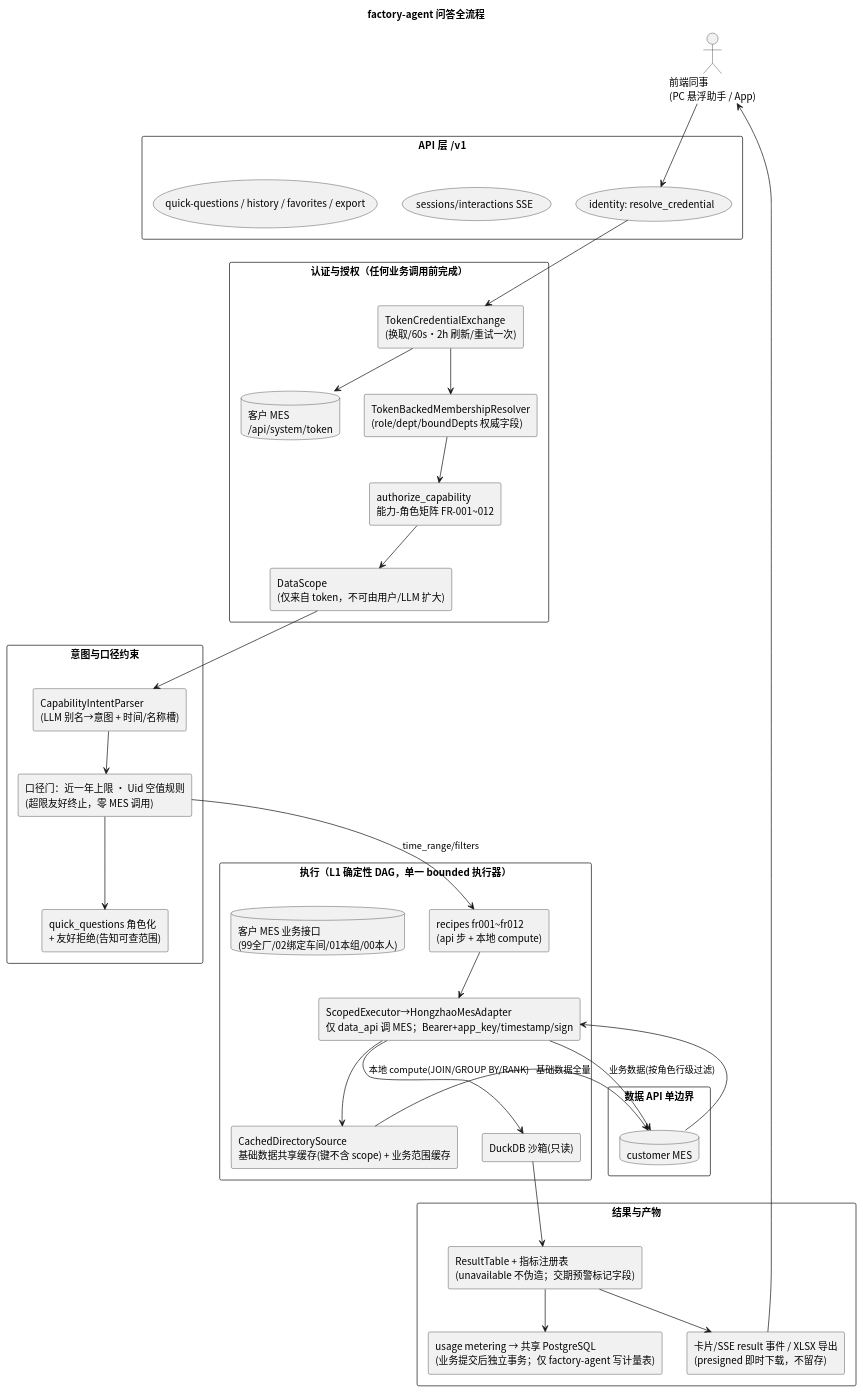
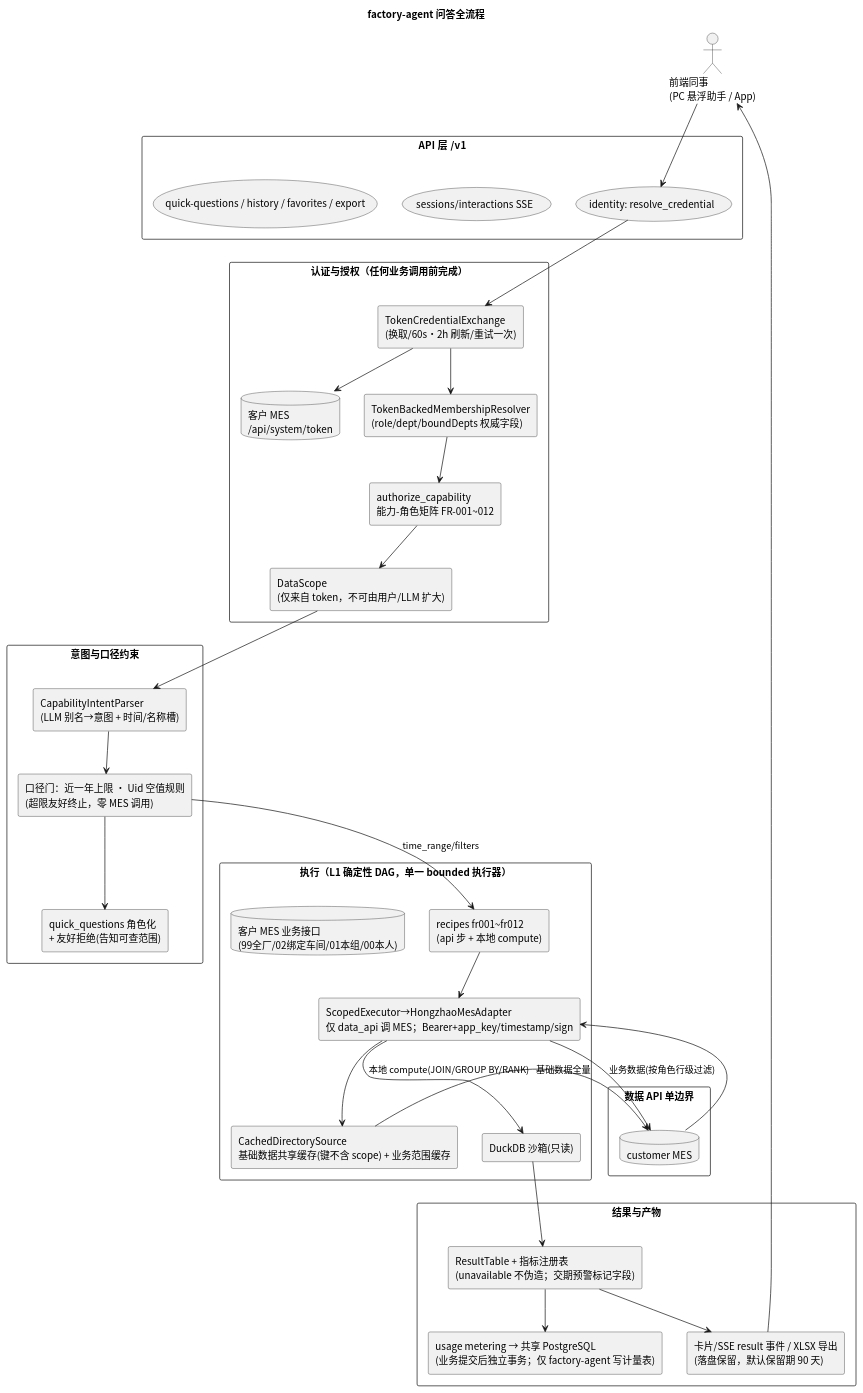
Before and after one commit to zhu13818202655/factory-agent: the second of 2 diagrams in ARCHITECTURE.md, drawn with PlantUML. The commit also changed other lines of this file and 69 other files, not shown here.

````diff
--- a/ARCHITECTURE.md
+++ b/ARCHITECTURE.md
@@ -27,69 +27,69 @@
 ```plantuml
 @startuml
 skinparam componentStyle rectangle
 title factory-agent 问答全流程
 
 skinparam defaultFontName "Noto Sans CJK SC"
 
 actor "前端同事\n(PC 悬浮助手 / App)" as FE
 
 rectangle "API 层  /v1" {
   (identity: resolve_credential) as EDGE
   (sessions/interactions SSE) as API
   (quick-questions / history / favorites / export) as PERS_API
 }
 
 rectangle "认证与授权（任何业务调用前完成）" {
   database "客户 MES\n/api/system/token" as TOKEN
   component "TokenCredentialExchange\n(换取/60s·2h 刷新/重试一次)" as EX
   component "TokenBackedMembershipResolver\n(role/dept/boundDepts 权威字段)" as MEM
   component "authorize_capability\n能力-角色矩阵 FR-001~012" as AUTH
   component "DataScope\n(仅来自 token，不可由用户/LLM 扩大)" as SCOPE
 }
 
 rectangle "意图与口径约束" {
   component "CapabilityIntentParser\n(LLM 别名→意图 + 时间/名称槽)" as INTENT
   component "口径门：近一年上限 · Uid 空值规则\n(超限友好终止，零 MES 调用)" as GATES
   component "quick_questions 角色化\n+ 友好拒绝(告知可查范围)" as FRIENDLY
 }
 
 rectangle "执行（L1 确定性 DAG，单一 bounded 执行器）" {
   component "recipes fr001~fr012\n(api 步 + 本地 compute)" as RECIPE
   component "ScopedExecutor→HongzhaoMesAdapter\n仅 data_api 调 MES；Bearer+app_key/timestamp/sign" as EXEC
   component "CachedDirectorySource\n基础数据共享缓存(键不含 scope) + 业务范围缓存" as CACHE
   database "客户 MES 业务接口\n(99全厂/02绑定车间/01本组/00本人)" as MES
   component "DuckDB 沙箱(只读)" as SANDBOX
 }
 
 rectangle "结果与产物" {
   component "ResultTable + 指标注册表\n(unavailable 不伪造；交期预警标记字段)" as RT
-  component "卡片/SSE result 事件 / XLSX 导出\n(presigned 即时下载，不留存)" as OUT
+  component "卡片/SSE result 事件 / XLSX 导出\n(落盘保留，默认保留期 90 天)" as OUT
   component "usage metering → 共享 PostgreSQL\n(业务提交后独立事务；仅 factory-agent 写计量表)" as USAGE
 }
 
 rectangle "数据 API 单边界" {
   database "customer MES" as MESEND
 }
 
 FE --> EDGE
 EDGE --> EX
 EX --> TOKEN
 EX --> MEM
 MEM --> AUTH
 AUTH --> SCOPE
 SCOPE --> INTENT
 INTENT --> GATES
 GATES --> FRIENDLY
 GATES --> RECIPE : time_range/filters
 RECIPE --> EXEC
 EXEC --> CACHE
 CACHE --> MESEND : 基础数据全量
 EXEC --> MESEND : 业务数据(按角色行级过滤)
 MESEND --> EXEC
 EXEC --> SANDBOX : 本地 compute(JOIN/GROUP BY/RANK)
 SANDBOX --> RT
 RT --> OUT
 OUT --> FE
 RT --> USAGE
 @enduml
 ```
````
